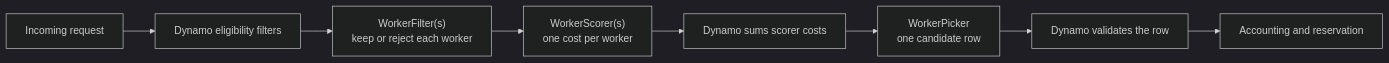
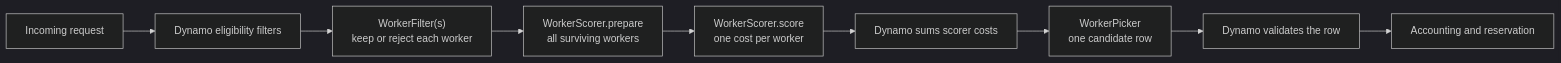
Before and after one commit to ai-dynamo/dynamo: the first of 3 diagrams in docs/fern/pages/developer-guide/knowledge-base/modular-components/router/custom-worker-selection.mdx, drawn with Mermaid (dark theme). The commit also changed other lines of this file and 16 other files, not shown here.

````diff
--- a/docs/fern/pages/developer-guide/knowledge-base/modular-components/router/custom-worker-selection.mdx
+++ b/docs/fern/pages/developer-guide/knowledge-base/modular-components/router/custom-worker-selection.mdx
@@ -16,10 +16,11 @@
 ```mermaid
 flowchart LR
     Request["Incoming request"] --> Eligibility["Dynamo eligibility filters"]
     Eligibility --> Filters["WorkerFilter(s)<br/>keep or reject each worker"]
-    Filters --> Scorers["WorkerScorer(s)<br/>one cost per worker"]
+    Filters --> Prepare["WorkerScorer.prepare<br/>all surviving workers"]
+    Prepare --> Scorers["WorkerScorer.score<br/>one cost per worker"]
     Scorers --> Sum["Dynamo sums scorer costs"]
     Sum --> Picker["WorkerPicker<br/>one candidate row"]
     Picker --> Validate["Dynamo validates the row"]
     Validate --> Reserve["Accounting and reservation"]
 ```
````
